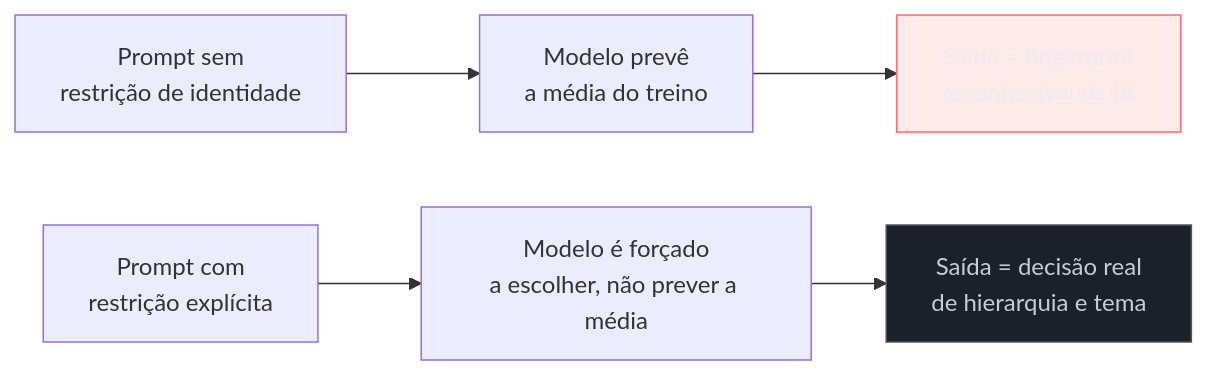
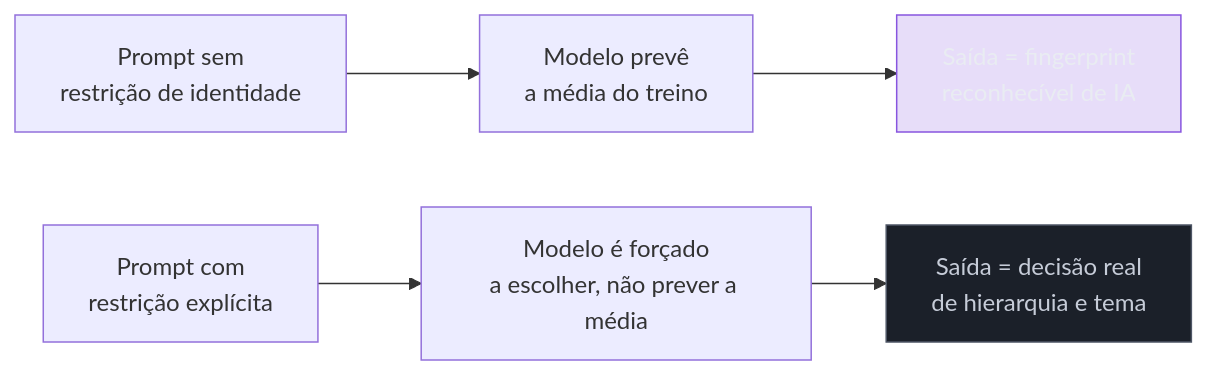
One commit to josenaldo/codex-technomanticus changed the diagram in 03-Dominios/Tecnologia/Ferramentas de Design/05 - Estética genérica de IA e como escapar.md. Above: the diagram before and after it, drawn with Mermaid. The commit also changed 601 other files, not shown here.

````diff
--- a/03-Dominios/Tecnologia/Ferramentas de Design/05 - Estética genérica de IA e como escapar.md
+++ b/03-Dominios/Tecnologia/Ferramentas de Design/05 - Estética genérica de IA e como escapar.md
@@ -32,11 +32,11 @@
 ```mermaid
 graph LR
-    classDef falha fill:#FF6B6B24,stroke:#FF6B6B,color:#E9ECF2
+    classDef marca fill:#8855DF33,stroke:#8855DF,color:#E9ECF2
     classDef neutro fill:#1B2029,stroke:#4E5666,color:#C6CCD8
     P["Prompt sem<br/>restrição de identidade"] --> M["Modelo prevê<br/>a média do treino"]
     M --> S["Saída = fingerprint<br/>reconhecível de IA"]
     P2["Prompt com<br/>restrição explícita"] --> D["Modelo é forçado<br/>a escolher, não prever a média"]
     D --> R["Saída = decisão real<br/>de hierarquia e tema"]
-    class S falha
+    class S marca
     class R neutro
 ```
````
